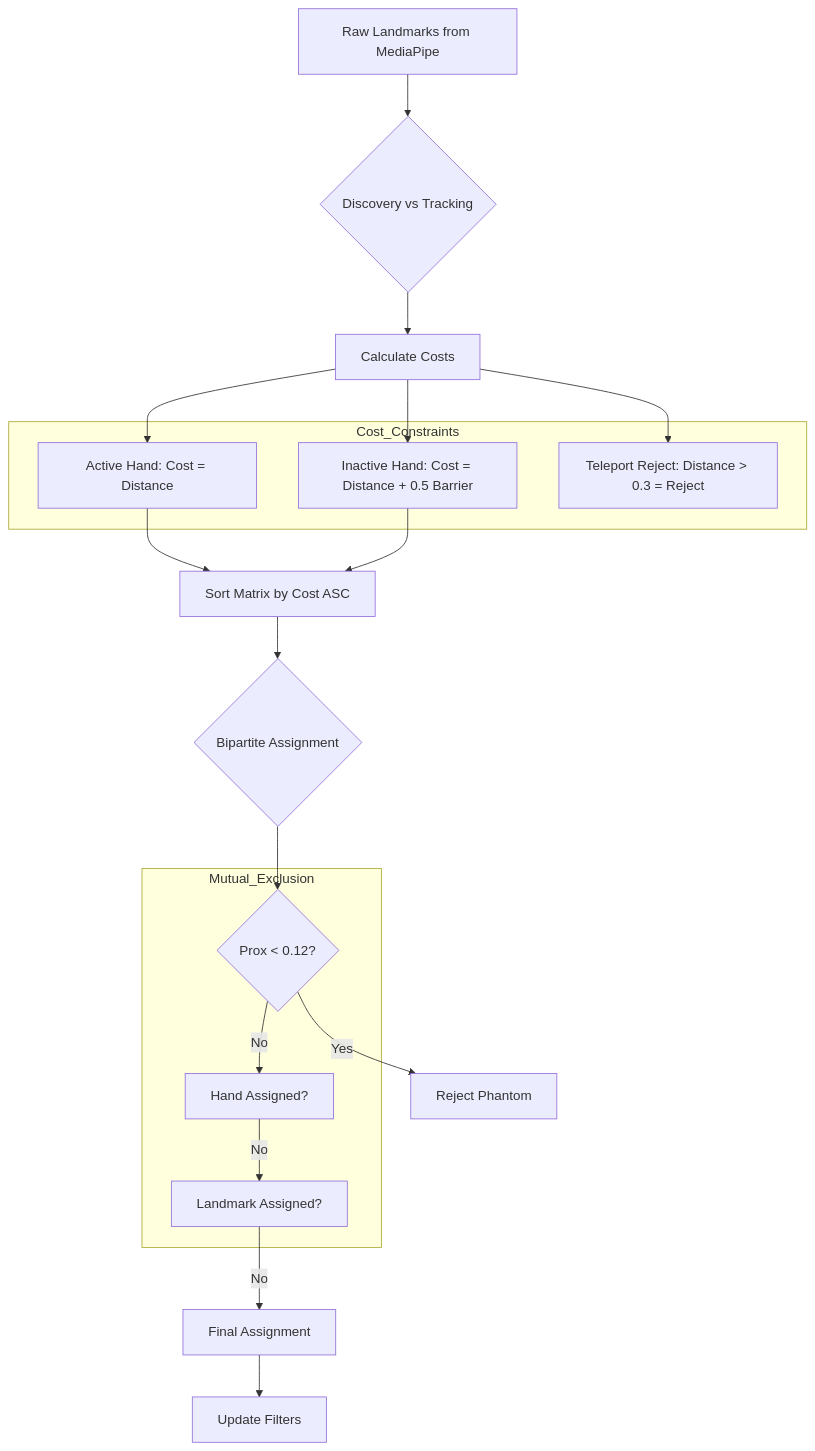
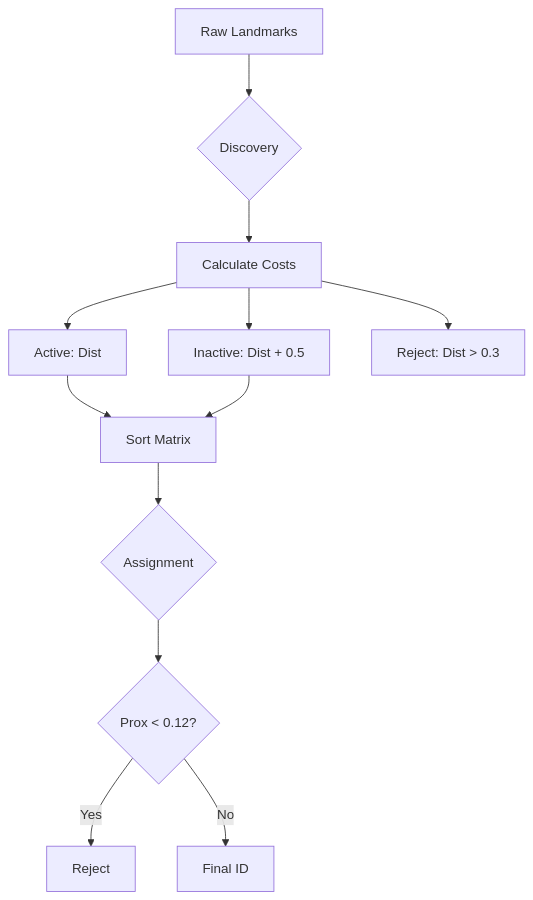
Before and after one commit to TTaoGaming/hfo-gen-88-chromebook-v1: the second of 4 diagrams in hfo_hot_obsidian/bronze/2_areas/mission_thread_omega/omega_workspace_v34_analysis.md, drawn with Mermaid. The commit also changed other lines of this file, not shown here.

Commit message:
docs(omega): fix unclosed mermaid blocks and simplify syntax

````diff
--- a/hfo_hot_obsidian/bronze/2_areas/mission_thread_omega/omega_workspace_v34_analysis.md
+++ b/hfo_hot_obsidian/bronze/2_areas/mission_thread_omega/omega_workspace_v34_analysis.md
@@ -35,33 +24,18 @@
 ```mermaid
 graph TD
-    A[Raw Landmarks from MediaPipe] --> B{Discovery vs Tracking}
+    A[Raw Landmarks] --> B{Discovery}
     B --> C[Calculate Costs]
-    
-    subgraph Cost_Constraints
-        C1[Active Hand: Cost = Distance]
-        C2["Inactive Hand: Cost = Distance + 0.5 Barrier"]
-        C3["Teleport Reject: Distance > 0.3 = Reject"]
-    end
-    
-    C --> C1
-    C --> C2
-    C --> C3
-    
-    C1 --> D[Sort Matrix by Cost ASC]
+
+    C --> C1[Active: Dist]
+    C --> C2[Inactive: Dist + 0.5]
+    C --> C3[Reject: Dist > 0.3]
+
+    C1 --> D[Sort Matrix]
     C2 --> D
-    
-    D --> E{Bipartite Assignment}
-    
-    subgraph Mutual_Exclusion
-        E1{"Prox < 0.12?"}
-        E2[Hand Assigned?]
-        E3[Landmark Assigned?]
-    end
-    
-    E --> E1
-    E1 -- Yes --> F[Reject Phantom]
-    E1 -- No --> E2
-    E2 -- No --> E3
-    E3 -- No --> G[Final Assignment]
-    G --> H[Update Filters]
+
+    D --> E{Assignment}
+
+    E --> E1{Prox < 0.12?}
+    E1 -- Yes --> F[Reject]
+    E1 -- No --> G[Final ID]
 ```
````
